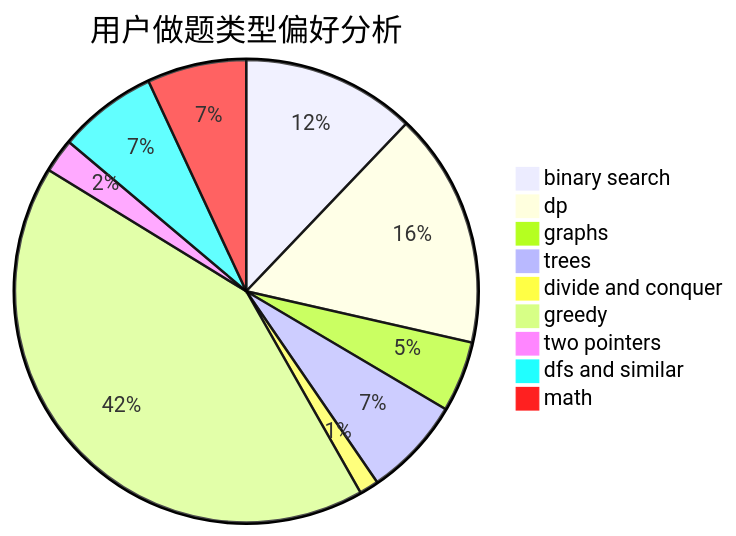
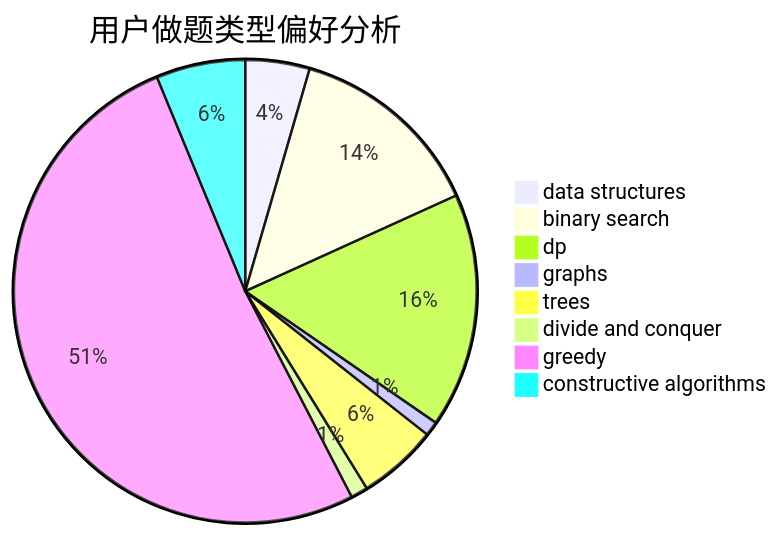
The second of 3 diagrams in docs/user/u509.md (sherpahu/cfrs.github.io), drawn with Mermaid before and after one commit. The commit also changed other lines of this file and 2775 other files, not shown here.

````diff
--- a/docs/user/u509.md
+++ b/docs/user/u509.md
@@ -23,12 +23,11 @@
 ```mermaid
 pie title 用户做题类型偏好分析
-    "binary search" :  189
-    "dp" :  256
-    "graphs" :  77
-    "trees" :  108
-    "divide and conquer" :  21
-    "greedy" :  654
-    "two pointers" :  37
-    "dfs and similar" :  108
-    "math" :  108
+    "data structures" :  49
+    "binary search" :  150
+    "dp" :  179
+    "graphs" :  11
+    "trees" :  61
+    "divide and conquer" :  13
+    "greedy" :  561
+    "constructive algorithms" :  68
 ```
````
